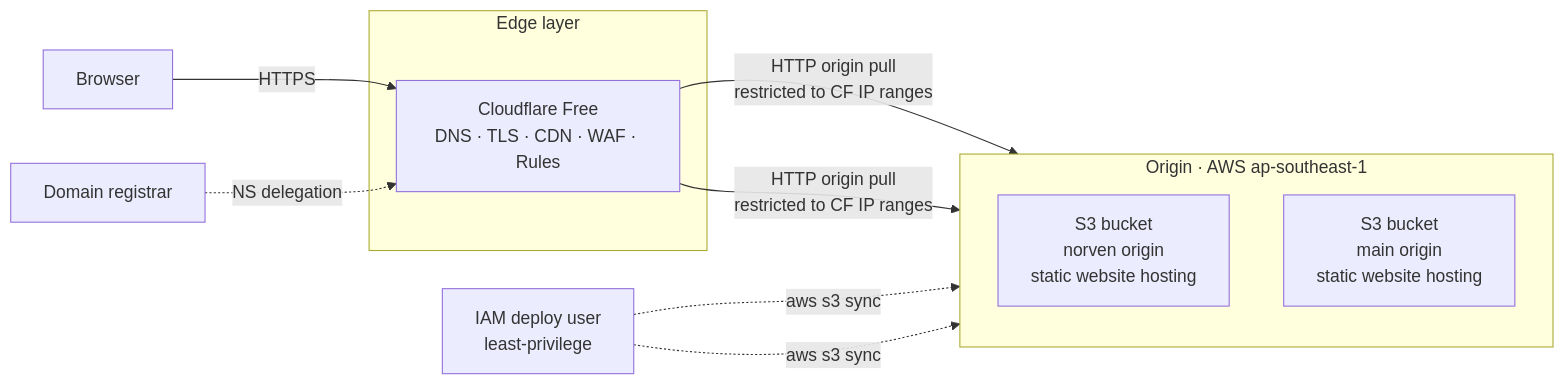
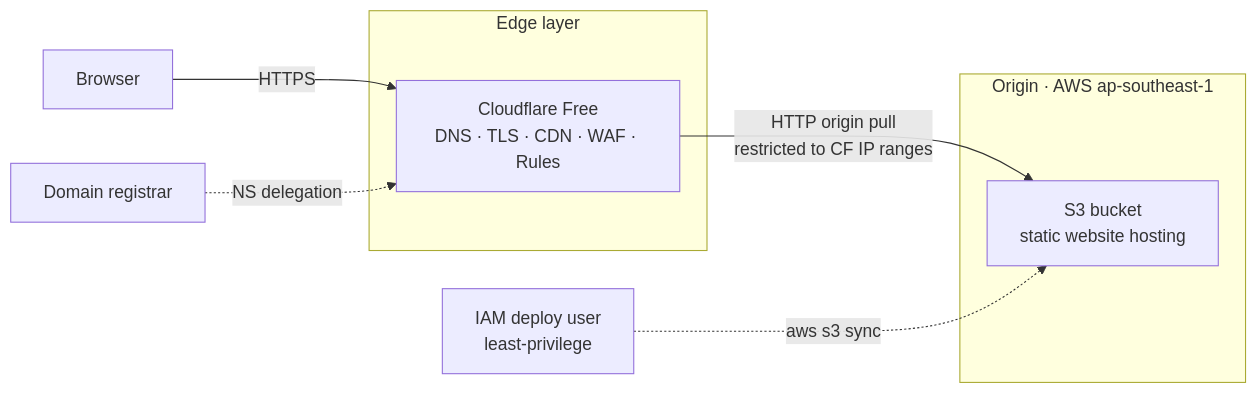
The first of 3 diagrams in docs/deployment.md (farulivan/norven), drawn with Mermaid before and after one commit. The commit also changed other lines of this file, not shown here.

Commit message:
docs: consolidate deployment architecture to single-bucket model

````diff
--- a/docs/deployment.md
+++ b/docs/deployment.md
@@ -26,26 +26,22 @@
 ```mermaid
 graph LR
     B[Browser]
 
     B -->|HTTPS| CF
 
     subgraph EDGE[Edge layer]
       CF[Cloudflare Free<br/>DNS · TLS · CDN · WAF · Rules]
     end
 
     subgraph ORIGIN[Origin · AWS ap-southeast-1]
-      direction TB
-      S3a[S3 bucket<br/>norven origin<br/>static website hosting]
-      S3b[S3 bucket<br/>main origin<br/>static website hosting]
+      S3[S3 bucket<br/>static website hosting]
     end
 
-    CF -->|HTTP origin pull<br/>restricted to CF IP ranges| S3a
-    CF -->|HTTP origin pull<br/>restricted to CF IP ranges| S3b
+    CF -->|HTTP origin pull<br/>restricted to CF IP ranges| S3
 
     Deploy[IAM deploy user<br/>least-privilege]
-    Deploy -.->|aws s3 sync| S3a
-    Deploy -.->|aws s3 sync| S3b
+    Deploy -.->|aws s3 sync| S3
 
     Reg[Domain registrar]
     Reg -.->|NS delegation| CF
 ```
````
